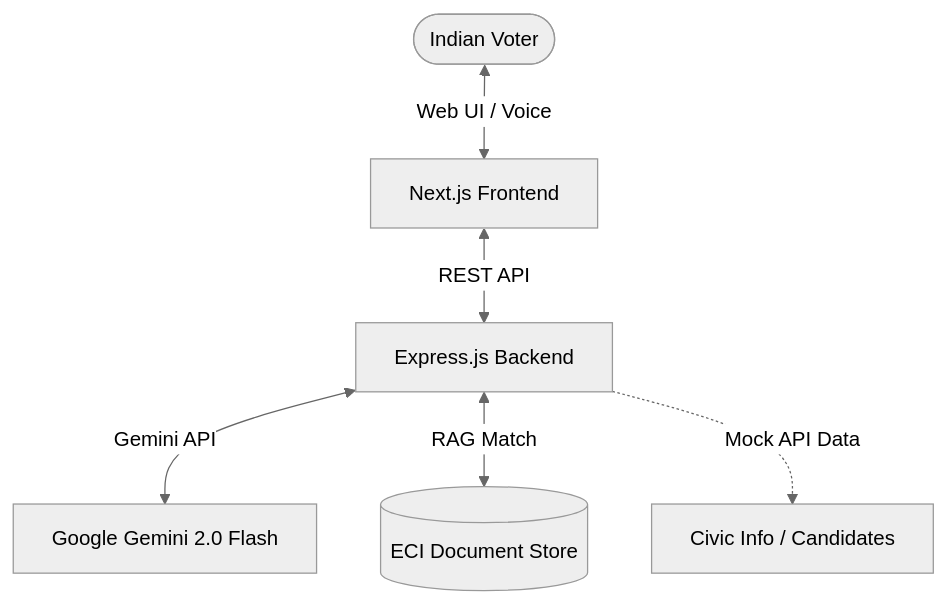
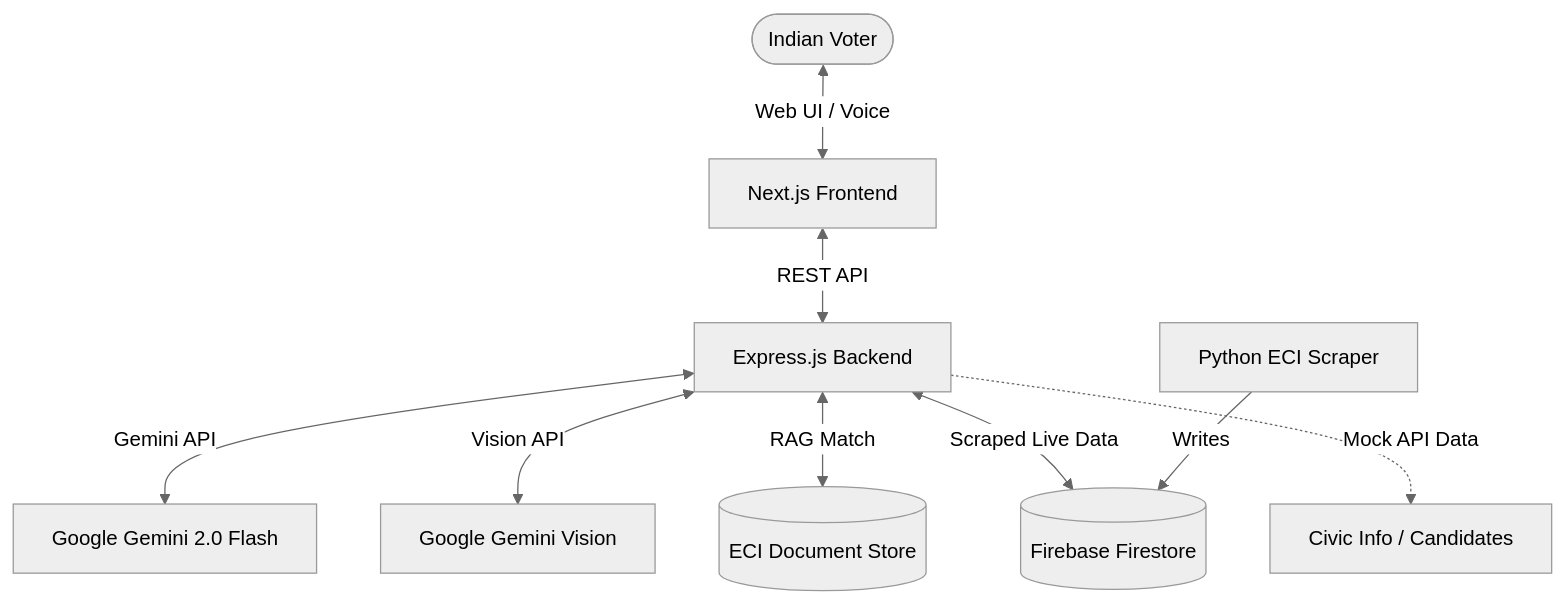
Before and after one commit to GDharmik9/MatdataMitra: the diagram in docs/HLD.md, drawn with Mermaid (neutral theme). The commit also changed other lines of this file and 8 other files, not shown here.

````diff
--- a/docs/HLD.md
+++ b/docs/HLD.md
@@ -7,10 +7,14 @@
 ```mermaid
 graph TD
     User([Indian Voter]) <--> |Web UI / Voice| Frontend[Next.js Frontend]
     Frontend <--> |REST API| Backend[Express.js Backend]
     
     Backend <--> |Gemini API| Gemini[Google Gemini 2.0 Flash]
+    Backend <--> |Vision API| GeminiVision[Google Gemini Vision]
     Backend <--> |RAG Match| KnowledgeBase[(ECI Document Store)]
+    Backend <--> |Scraped Live Data| Firestore[(Firebase Firestore)]
     
     Backend -.-> |Mock API Data| ExternalAPI[Civic Info / Candidates]
+    
+    Scraper[Python ECI Scraper] --> |Writes| Firestore
 ```
````
